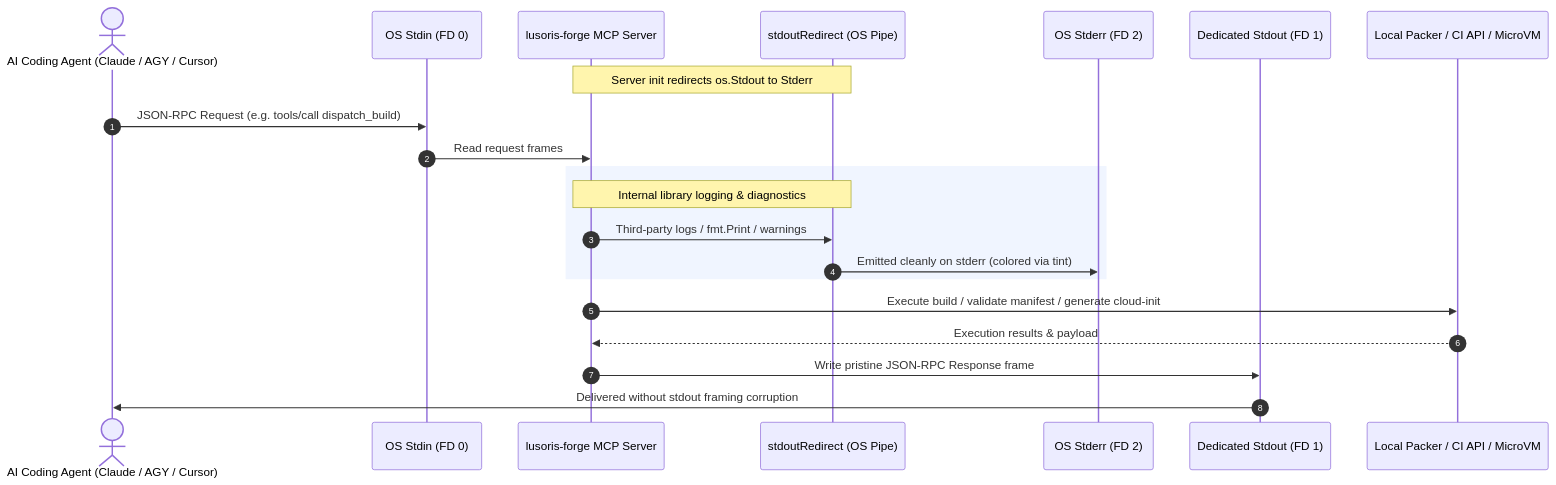
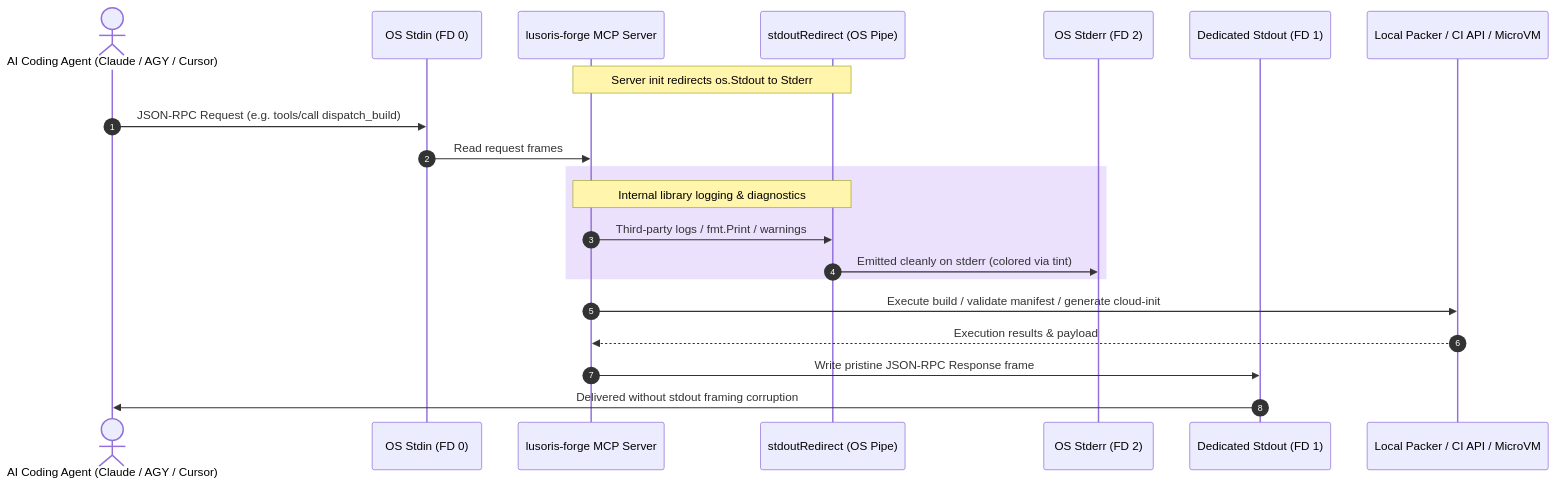
Before and after one commit to lusoris/lusoris-cloud-images: the second of 2 diagrams in docs/tools/cli-mcp.md, drawn with Mermaid. The commit also changed other lines of this file and 53 other files, not shown here.

First line of the commit message:
feat(agents): implement ai studio managed agents fleet, compliance pipeline, and diagram styling (#24)

````diff
--- a/docs/tools/cli-mcp.md
+++ b/docs/tools/cli-mcp.md
@@ -184,24 +193,24 @@
 ```mermaid
 sequenceDiagram
     autonumber
     actor Agent as AI Coding Agent (Claude / AGY / Cursor)
     participant PipeIn as OS Stdin (FD 0)
     participant Forge as lusoris-forge MCP Server
     participant PipeRedirect as stdoutRedirect (OS Pipe)
     participant Stderr as OS Stderr (FD 2)
     participant PipeOut as Dedicated Stdout (FD 1)
     participant Backend as Local Packer / CI API / MicroVM
 
     Note over Forge,PipeRedirect: Server init redirects os.Stdout to Stderr
     Agent->>PipeIn: JSON-RPC Request (e.g. tools/call dispatch_build)
     PipeIn->>Forge: Read request frames
-    rect rgb(240, 245, 255)
+    rect rgba(124, 58, 237, 0.15)
         Note over Forge,PipeRedirect: Internal library logging & diagnostics
         Forge->>PipeRedirect: Third-party logs / fmt.Print / warnings
         PipeRedirect->>Stderr: Emitted cleanly on stderr (colored via tint)
     end
     Forge->>Backend: Execute build / validate manifest / generate cloud-init
     Backend-->>Forge: Execution results & payload
     Forge->>PipeOut: Write pristine JSON-RPC Response frame
     PipeOut->>Agent: Delivered without stdout framing corruption
 ```
````
